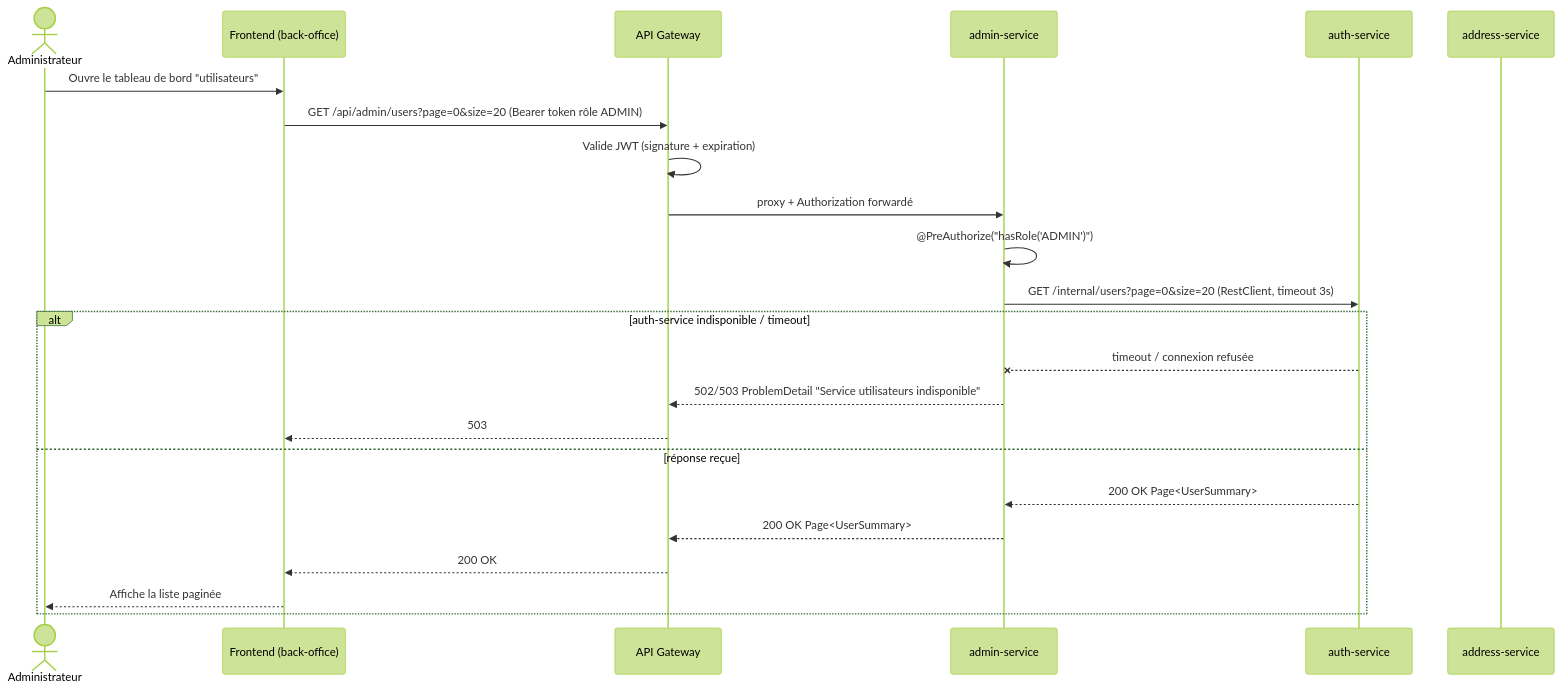
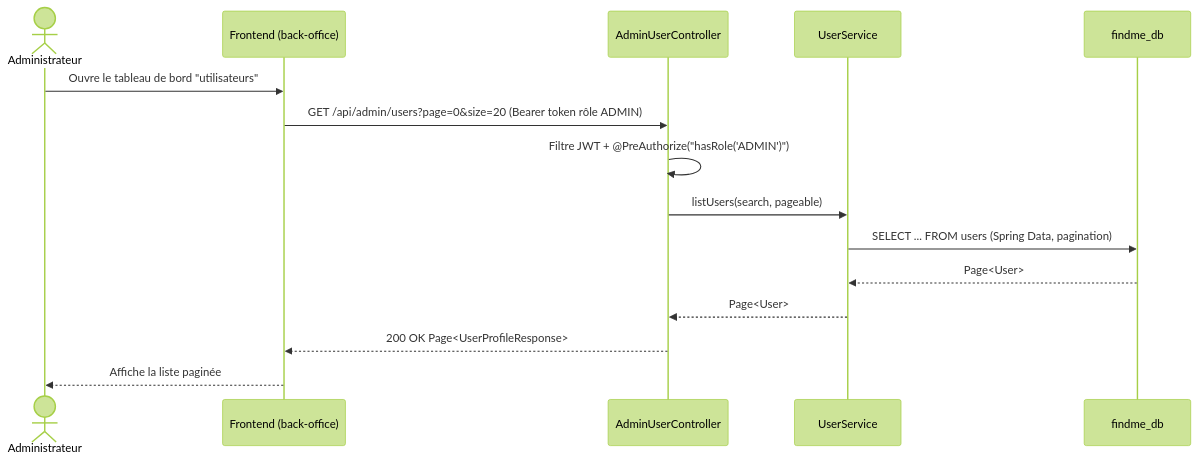
One commit to alexdibril237/findme_backend changed the ninth of 13 diagrams in docs/conception/DOSSIER_DE_CONCEPTION.md. Above: the diagram before and after it, drawn with Mermaid (forest theme). The commit also changed other lines of this file and 327 other files, not shown here.

````diff
--- a/docs/conception/DOSSIER_DE_CONCEPTION.md
+++ b/docs/conception/DOSSIER_DE_CONCEPTION.md
@@ -433,26 +446,18 @@
 ```mermaid
 sequenceDiagram
     actor A as Administrateur
     participant FE as Frontend (back-office)
-    participant GW as API Gateway
-    participant AS as admin-service
-    participant AU as auth-service
-    participant AD as address-service
+    participant CTRL as AdminUserController
+    participant SVC as UserService
+    participant DB as findme_db
 
     A->>FE: Ouvre le tableau de bord "utilisateurs"
-    FE->>GW: GET /api/admin/users?page=0&size=20 (Bearer token rôle ADMIN)
-    GW->>GW: Valide JWT (signature + expiration)
-    GW->>AS: proxy + Authorization forwardé
-    AS->>AS: @PreAuthorize("hasRole('ADMIN')")
-    AS->>AU: GET /internal/users?page=0&size=20 (RestClient, timeout 3s)
-    alt auth-service indisponible / timeout
-        AU--xAS: timeout / connexion refusée
-        AS-->>GW: 502/503 ProblemDetail "Service utilisateurs indisponible"
-        GW-->>FE: 503
-    else réponse reçue
-        AU-->>AS: 200 OK Page<UserSummary>
-        AS-->>GW: 200 OK Page<UserSummary>
-        GW-->>FE: 200 OK
-        FE-->>A: Affiche la liste paginée
-    end
+    FE->>CTRL: GET /api/admin/users?page=0&size=20 (Bearer token rôle ADMIN)
+    CTRL->>CTRL: Filtre JWT + @PreAuthorize("hasRole('ADMIN')")
+    CTRL->>SVC: listUsers(search, pageable)
+    SVC->>DB: SELECT ... FROM users (Spring Data, pagination)
+    DB-->>SVC: Page<User>
+    SVC-->>CTRL: Page<User>
+    CTRL-->>FE: 200 OK Page<UserProfileResponse>
+    FE-->>A: Affiche la liste paginée
 ```
````
